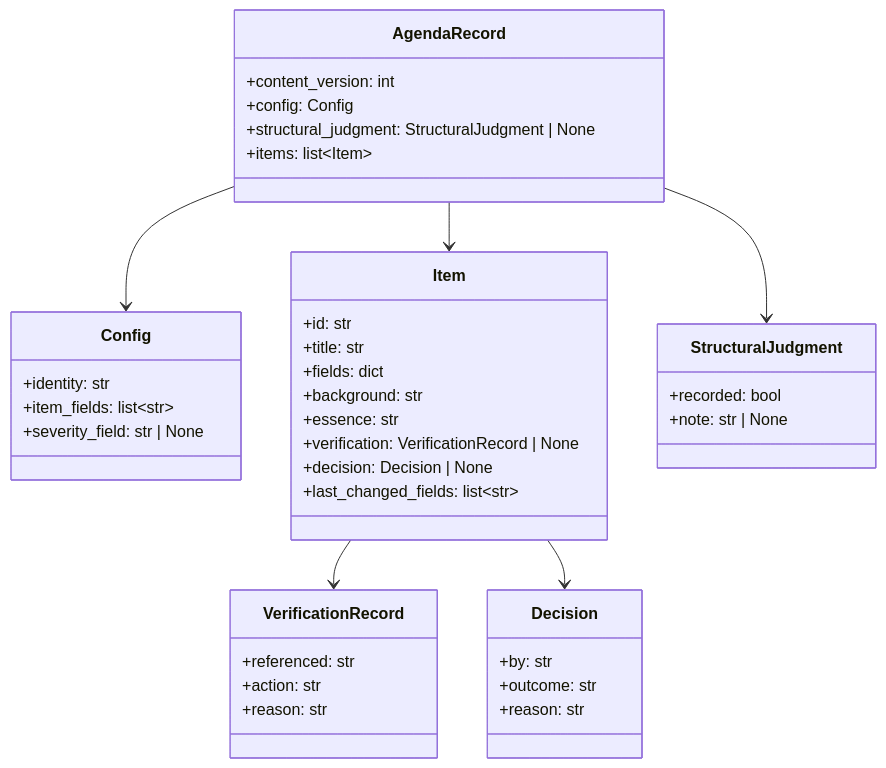
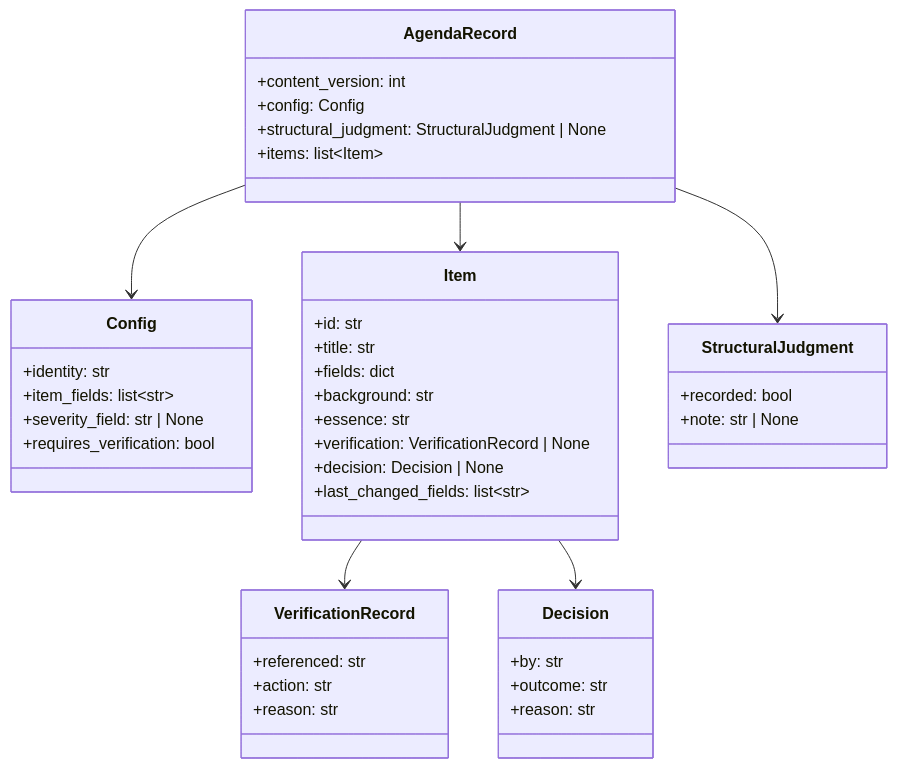
Before and after one commit to BlueEventHorizon/bw-cc-plugins: the second of 3 diagrams in docs/specs/consult/agenda/design/DES-075_agenda_mechanism_design.md, drawn with Mermaid. The commit also changed other lines of this file and 14 other files, not shown here.

````diff
--- a/docs/specs/consult/agenda/design/DES-075_agenda_mechanism_design.md
+++ b/docs/specs/consult/agenda/design/DES-075_agenda_mechanism_design.md
@@ -57,43 +51,44 @@
 ```mermaid
 classDiagram
     class AgendaRecord {
         +content_version: int
         +config: Config
         +structural_judgment: StructuralJudgment | None
         +items: list~Item~
     }
     class Config {
         +identity: str
         +item_fields: list~str~
         +severity_field: str | None
+        +requires_verification: bool
     }
     class Item {
         +id: str
         +title: str
         +fields: dict
         +background: str
         +essence: str
         +verification: VerificationRecord | None
         +decision: Decision | None
         +last_changed_fields: list~str~
     }
     class VerificationRecord {
         +referenced: str
         +action: str
         +reason: str
     }
     class Decision {
         +by: str
         +outcome: str
         +reason: str
     }
     class StructuralJudgment {
         +recorded: bool
         +note: str | None
     }
     AgendaRecord --> Config
     AgendaRecord --> Item
     AgendaRecord --> StructuralJudgment
     Item --> VerificationRecord
     Item --> Decision
 ```
````
